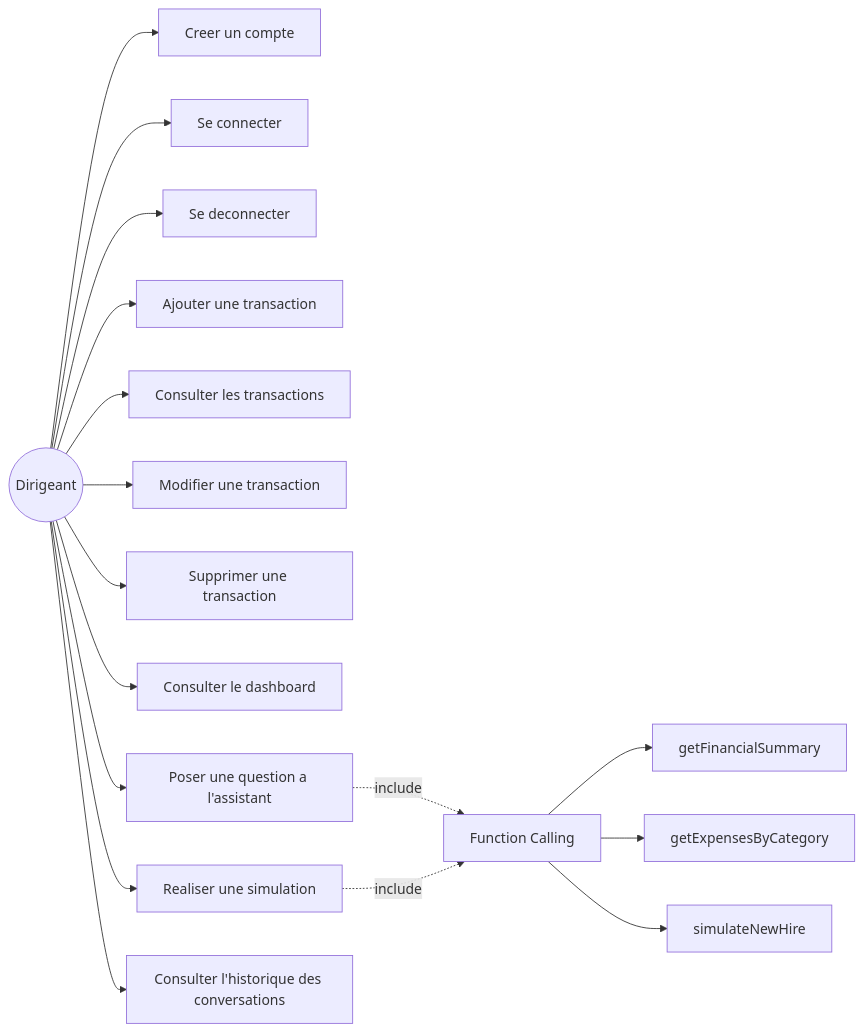
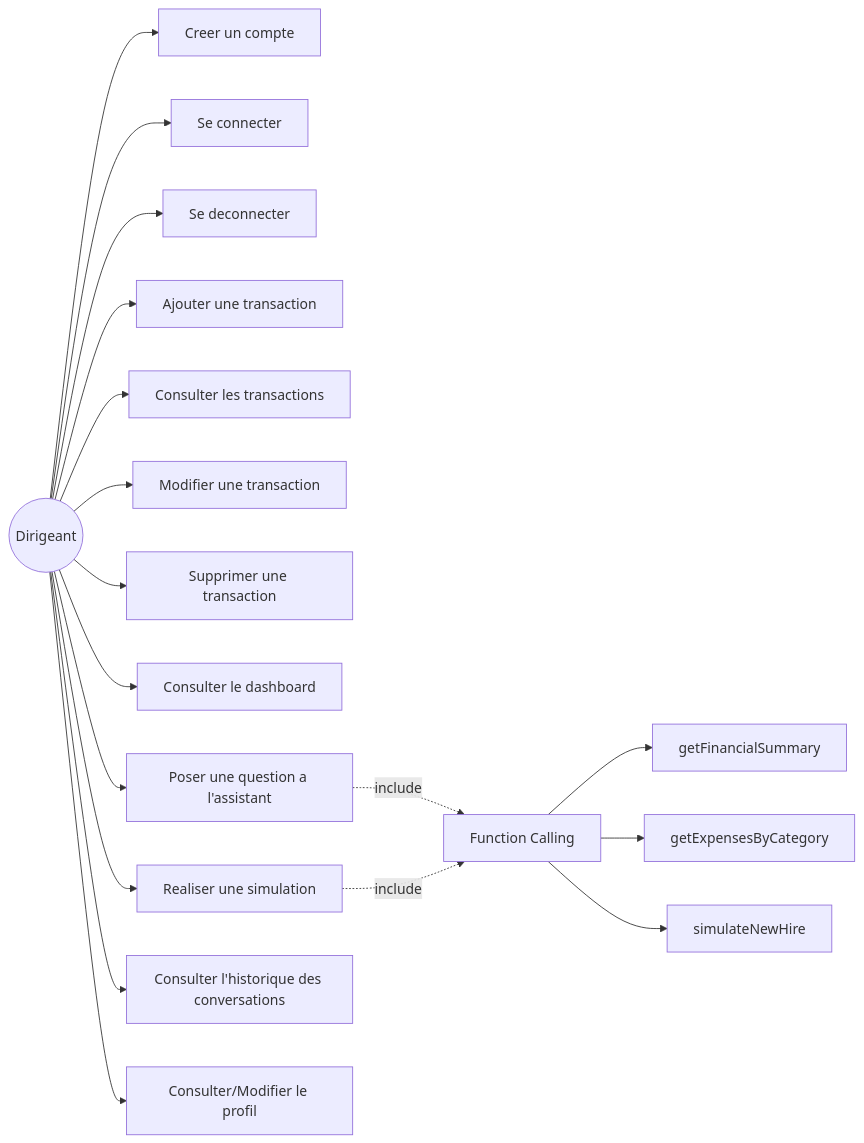
The diagram in docs/use-case.mermaid (salmamirat/BizPulse), drawn with Mermaid before and after one commit. The commit also changed 2 other files, not shown here.

Commit message:
docs: update architecture tree in README and add profile use-case

```diff
--- a/docs/use-case.mermaid
+++ b/docs/use-case.mermaid
@@ -1,20 +1,21 @@
 flowchart LR
   Dirigeant((Dirigeant))
 
   Dirigeant --> UC1[Creer un compte]
   Dirigeant --> UC2[Se connecter]
   Dirigeant --> UC3[Se deconnecter]
   Dirigeant --> UC4[Ajouter une transaction]
   Dirigeant --> UC5[Consulter les transactions]
   Dirigeant --> UC6[Modifier une transaction]
   Dirigeant --> UC7[Supprimer une transaction]
   Dirigeant --> UC8[Consulter le dashboard]
   Dirigeant --> UC9[Poser une question a l'assistant]
   Dirigeant --> UC10[Realiser une simulation]
   Dirigeant --> UC11[Consulter l'historique des conversations]
+  Dirigeant --> UC16[Consulter/Modifier le profil]
 
   UC9 -.include.-> UC12[Function Calling]
   UC10 -.include.-> UC12
   UC12 --> UC13[getFinancialSummary]
   UC12 --> UC14[getExpensesByCategory]
   UC12 --> UC15[simulateNewHire]
```
